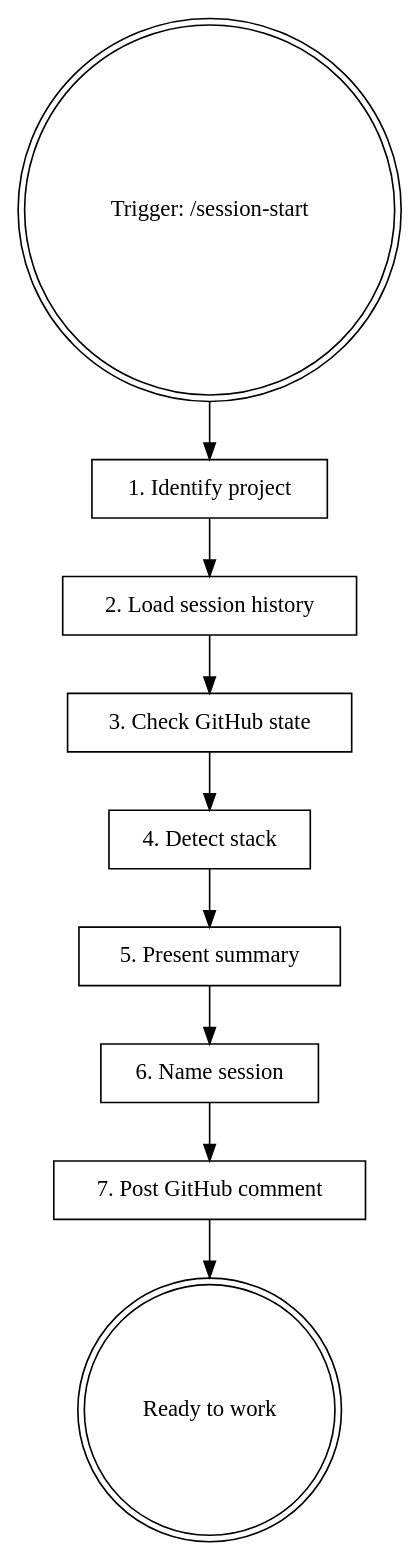
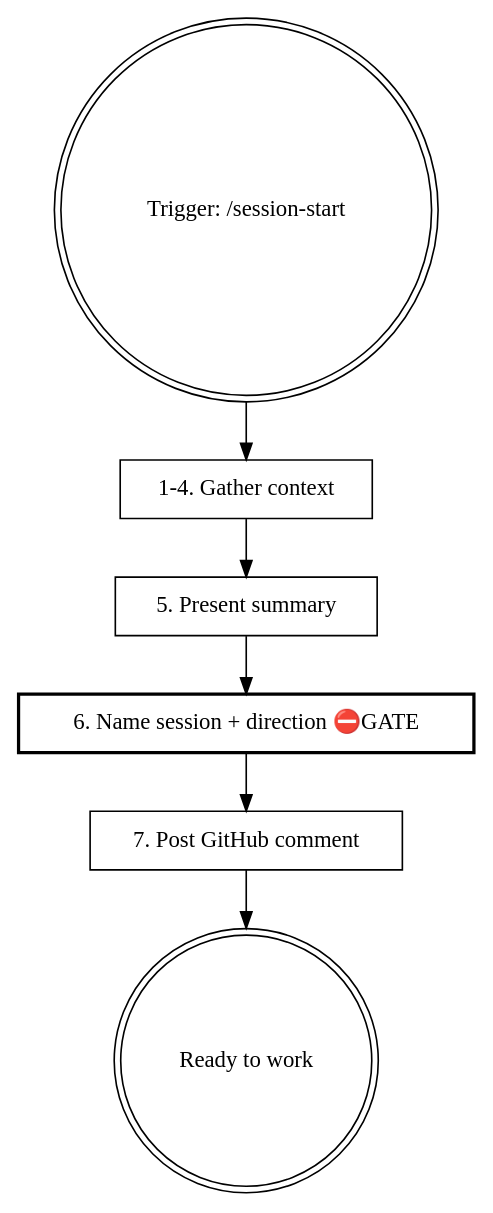
The diagram in plugins/h2t/skills/dev-session-start/SKILL.md (lichtpfad/h2t-skills), drawn with Graphviz before and after one commit. The commit also changed other lines of this file, not shown here.

First line of the commit message:
fix(dev-session-start): Step 6 GATE + gather.py single-call context collection

````diff
--- a/plugins/h2t/skills/dev-session-start/SKILL.md
+++ b/plugins/h2t/skills/dev-session-start/SKILL.md
@@ -26,22 +26,16 @@
 ```dot
 digraph session_start {
   "Trigger: /session-start" [shape=doublecircle];
-  "1. Identify project" [shape=box];
-  "2. Load session history" [shape=box];
-  "3. Check GitHub state" [shape=box];
-  "4. Detect stack" [shape=box];
+  "1-4. Gather context" [shape=box];
   "5. Present summary" [shape=box];
-  "6. Name session" [shape=box];
+  "6. Name session + direction ⛔GATE" [shape=box, style=bold];
   "7. Post GitHub comment" [shape=box];
   "Ready to work" [shape=doublecircle];
 
-  "Trigger: /session-start" -> "1. Identify project";
-  "1. Identify project" -> "2. Load session history";
-  "2. Load session history" -> "3. Check GitHub state";
-  "3. Check GitHub state" -> "4. Detect stack";
-  "4. Detect stack" -> "5. Present summary";
-  "5. Present summary" -> "6. Name session";
-  "6. Name session" -> "7. Post GitHub comment";
+  "Trigger: /session-start" -> "1-4. Gather context";
+  "1-4. Gather context" -> "5. Present summary";
+  "5. Present summary" -> "6. Name session + direction ⛔GATE";
+  "6. Name session + direction ⛔GATE" -> "7. Post GitHub comment";
   "7. Post GitHub comment" -> "Ready to work";
 }
 ```
````
